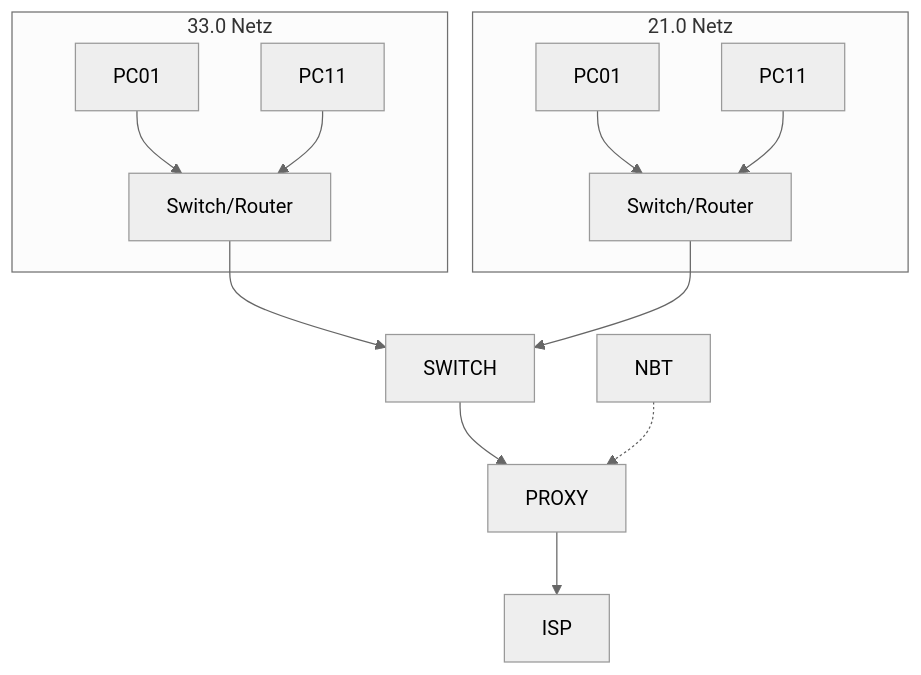
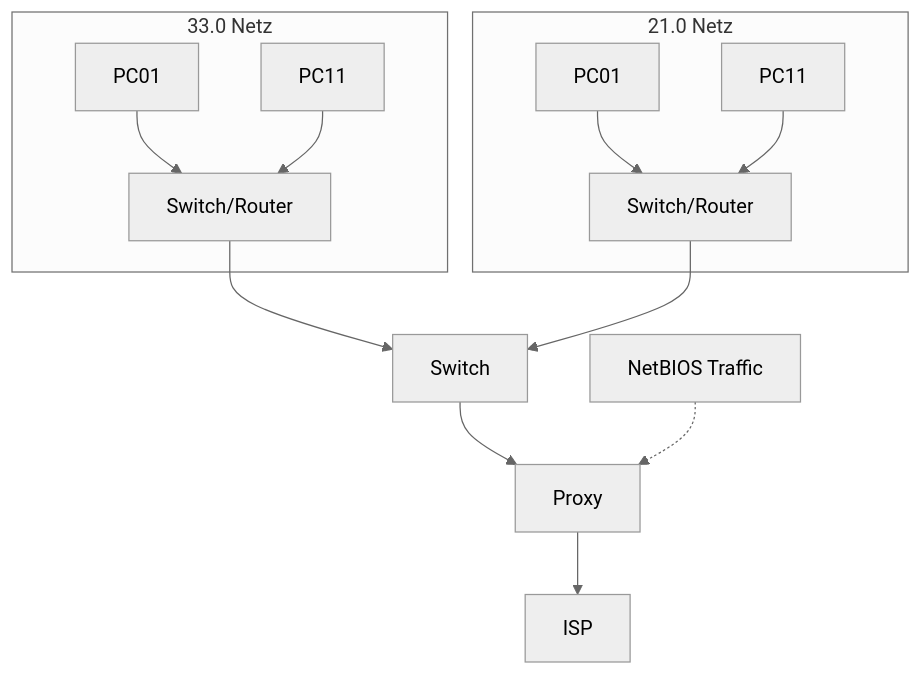
One commit to seanconroy-dev/FIAE_Umschulung_Notes changed the fourth of 4 diagrams in NT/TRE/03-12-2025_NT_TRE.md. Above: the diagram before and after it, drawn with Mermaid (neutral theme). The commit also changed other lines of this file, not shown here.

````diff
--- a/NT/TRE/03-12-2025_NT_TRE.md
+++ b/NT/TRE/03-12-2025_NT_TRE.md
@@ -67,28 +130,28 @@
 ```mermaid
 flowchart TD
 
     subgraph NETZ_33[33.0 Netz]
         PC01_33[PC01]
         PC11_33[PC11]
         SW33[Switch/Router]
         PC01_33 --> SW33
         PC11_33 --> SW33
     end
 
     subgraph NETZ_21[21.0 Netz]
         PC01_21[PC01]
         PC11_21[PC11]
         SW21[Switch/Router]
         PC01_21 --> SW21
         PC11_21 --> SW21
     end
 
-    SW33 --> MAIN_SW[SWITCH]
+    SW33 --> MAIN_SW[Switch]
     SW21 --> MAIN_SW
 
-    MAIN_SW --> PROXY[PROXY]
+    MAIN_SW --> PROXY[Proxy]
     PROXY --> ISP[ISP]
 
-    NBT[NBT]
+    NBT[NetBIOS Traffic]
     NBT -.-> PROXY
 ```
````
